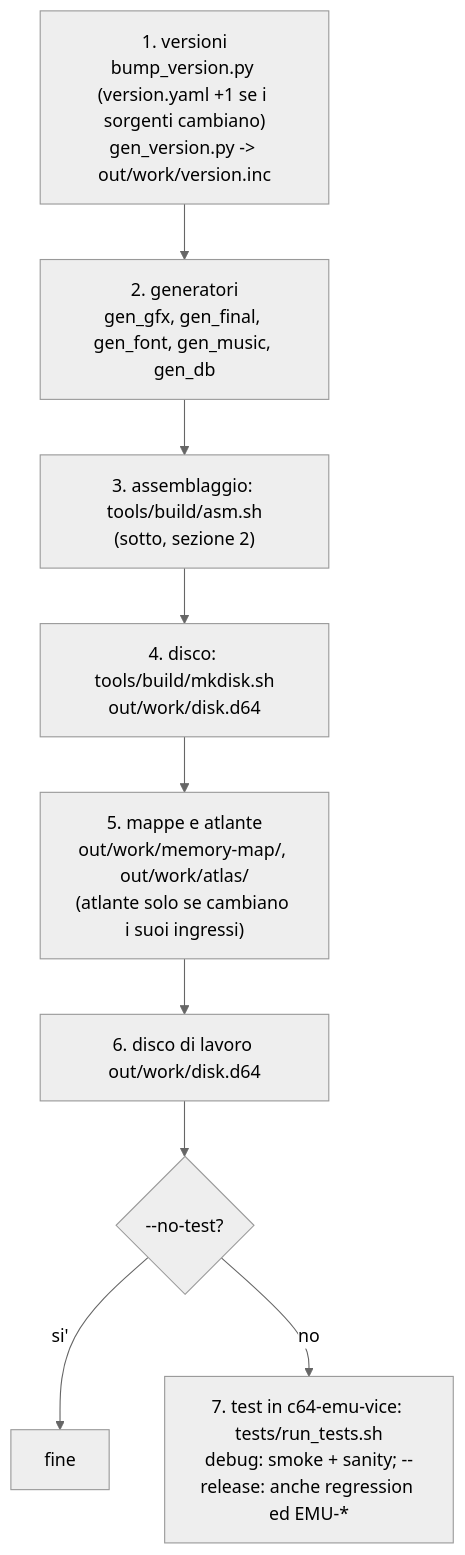
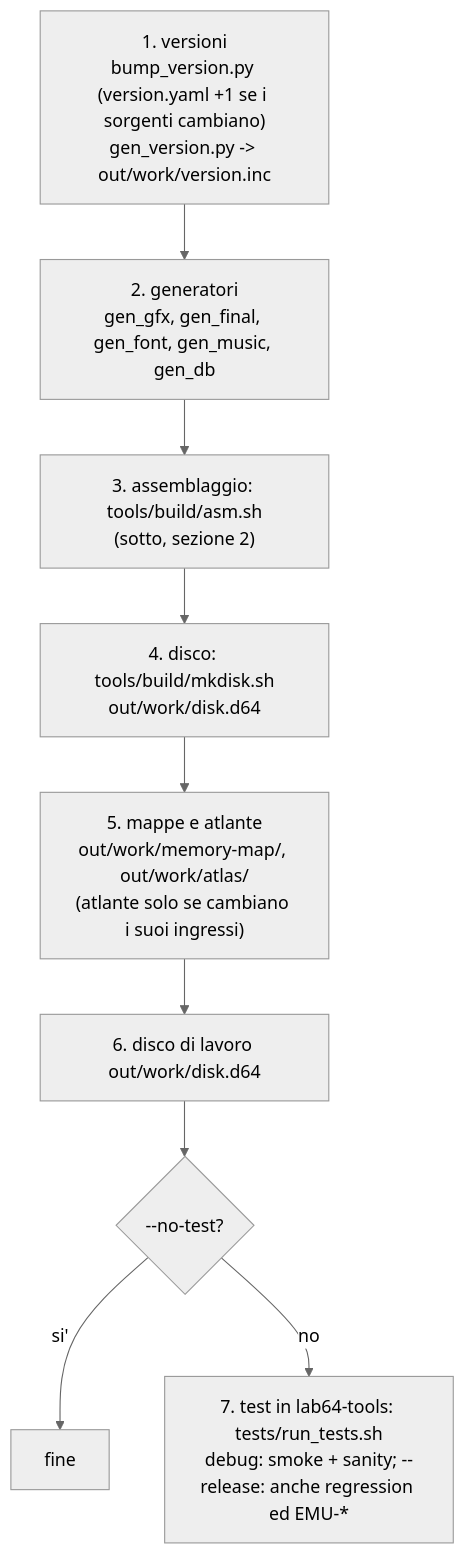
One commit to caporalesimone/barbarian-the-blood-path changed the first of 4 diagrams in docs/build.md. Above: the diagram before and after it, drawn with Mermaid (neutral theme). The commit also changed other lines of this file and 201 other files, not shown here.

````diff
--- a/docs/build.md
+++ b/docs/build.md
@@ -12,11 +12,11 @@
 ```mermaid
 flowchart TD
     V["1. versioni<br/>bump_version.py (version.yaml +1 se i sorgenti cambiano)<br/>gen_version.py -> out/work/version.inc"] --> G
     G["2. generatori<br/>gen_gfx, gen_final, gen_font, gen_music, gen_db"] --> A
     A["3. assemblaggio: tools/build/asm.sh<br/>(sotto, sezione 2)"] --> D
     D["4. disco: tools/build/mkdisk.sh<br/>out/work/disk.d64"] --> M
     M["5. mappe e atlante<br/>out/work/memory-map/, out/work/atlas/<br/>(atlante solo se cambiano i suoi ingressi)"] --> C
     C["6. disco di lavoro out/work/disk.d64"] --> T{"--no-test?"}
     T -->|si'| E1["fine"]
-    T -->|no| R["7. test in c64-emu-vice: tests/run_tests.sh<br/>debug: smoke + sanity; --release: anche regression ed EMU-*"]
+    T -->|no| R["7. test in lab64-tools: tests/run_tests.sh<br/>debug: smoke + sanity; --release: anche regression ed EMU-*"]
 ```
````
